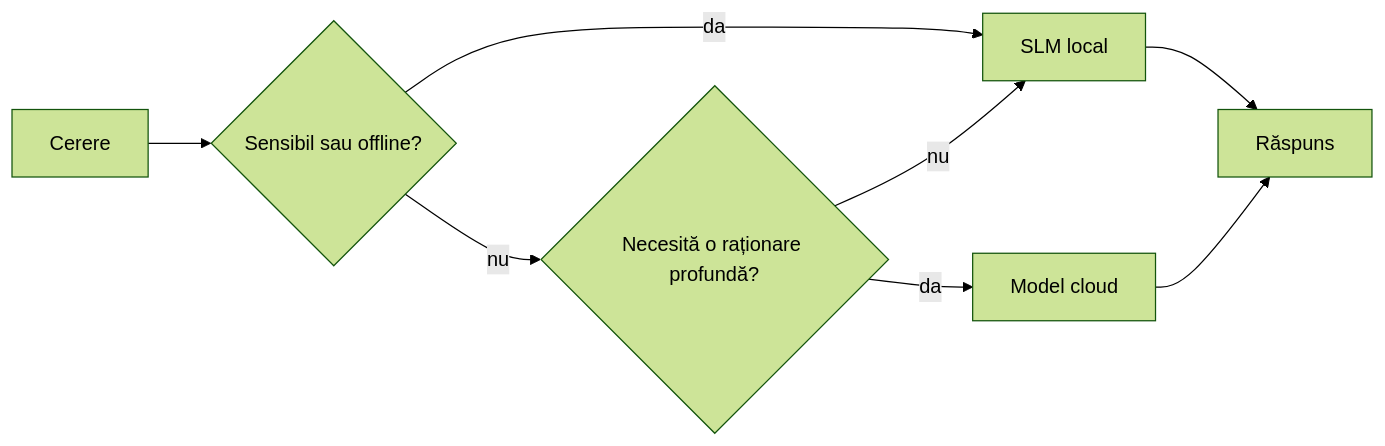
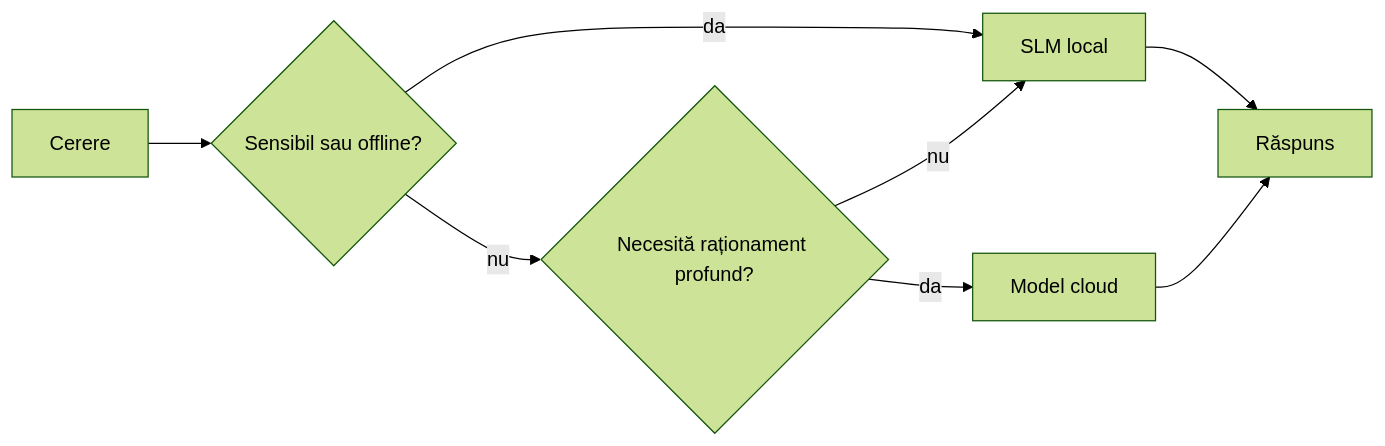
One commit to microsoft/ai-agents-for-beginners changed the fourth of 4 diagrams in translations/ro/17-creating-local-ai-agents/README.md. Above: the diagram before and after it, drawn with Mermaid (forest theme). The commit also changed other lines of this file and 46 other files, not shown here.

````diff
--- a/translations/ro/17-creating-local-ai-agents/README.md
+++ b/translations/ro/17-creating-local-ai-agents/README.md
@@ -156,10 +156,10 @@
 ```mermaid
 flowchart LR
     Q[Cerere] --> S{Sensibil sau offline?}
     S -->|da| L[SLM local]
-    S -->|nu| C{Necesită o raționare profundă?}
+    S -->|nu| C{Necesită raționament profund?}
     C -->|nu| L
     C -->|da| Cloud[Model cloud]
     L --> Out[Răspuns]
     Cloud --> Out
 ```
````
